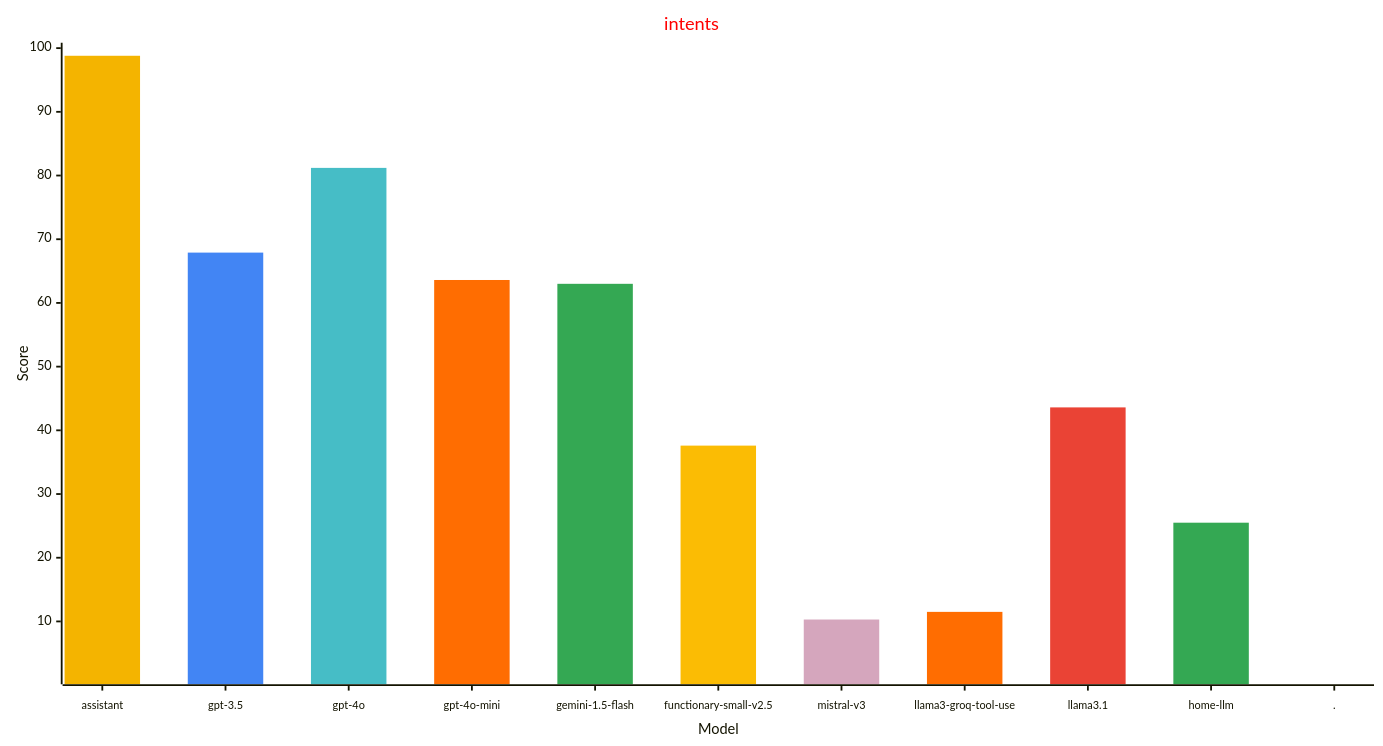
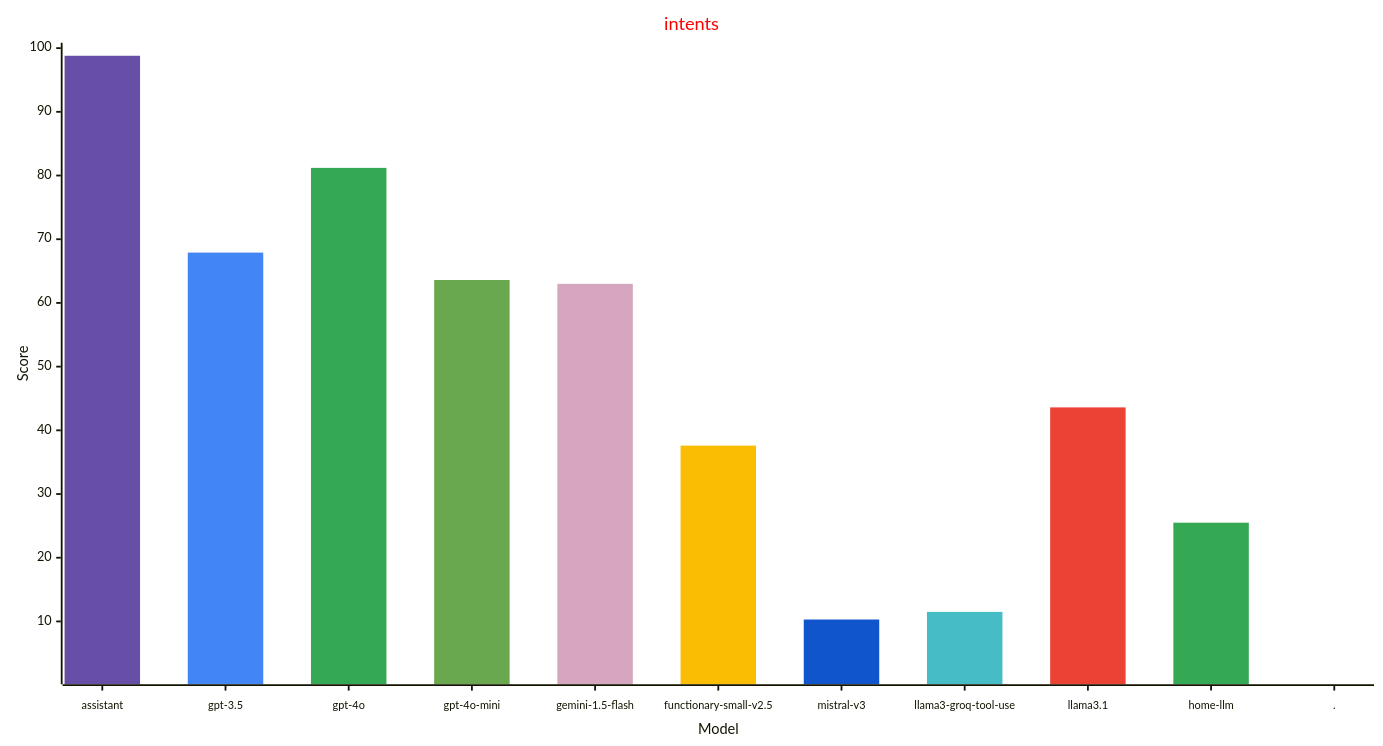
Before and after one commit to allenporter/home-assistant-datasets: the fourth of 4 diagrams in reports/README.md, drawn with Mermaid. The commit also changed other lines of this file and 2 other files, not shown here.

````diff
--- a/reports/README.md
+++ b/reports/README.md
@@ -197,31 +197,31 @@
 ```mermaid
 ---
 config:
     xyChart:
         width: 1500
         height: 800
         xAxis:
           labelFontSize: 12
           labelPadding: 8
     themeVariables:
         xyChart:
             titleColor: "#ff0000"
-            plotColorPalette: "#f4b400, #4285f4, #46bdc6, #ff6d01, #34a853, #fbbc04, #d5a6bd, #ff6d01, #ea4335, #34a853, #4285f4"
+            plotColorPalette: "#674ea7, #4285f4, #34a853, #6aa84f, #d5a6bd, #fbbc04, #1155cc, #46bdc6, #ea4335, #34a853, #4285f4"
 
 ---
 xychart-beta
   title "intents"
   x-axis "Model" [assistant, gpt-3.5, gpt-4o, gpt-4o-mini, gemini-1.5-flash, functionary-small-v2.5, mistral-v3, llama3-groq-tool-use, llama3.1, home-llm, .]
   y-axis "Score" 1 --> 100
   bar [98.8, 0.0, 0.0, 0.0, 0.0, 0.0, 0.0, 0.0, 0.0, 0.0, 0.0]
   bar [0.0, 67.9, 0.0, 0.0, 0.0, 0.0, 0.0, 0.0, 0.0, 0.0, 0.0]
   bar [0.0, 0.0, 81.2, 0.0, 0.0, 0.0, 0.0, 0.0, 0.0, 0.0, 0.0]
   bar [0.0, 0.0, 0.0, 63.6, 0.0, 0.0, 0.0, 0.0, 0.0, 0.0, 0.0]
   bar [0.0, 0.0, 0.0, 0.0, 63.0, 0.0, 0.0, 0.0, 0.0, 0.0, 0.0]
   bar [0.0, 0.0, 0.0, 0.0, 0.0, 37.6, 0.0, 0.0, 0.0, 0.0, 0.0]
   bar [0.0, 0.0, 0.0, 0.0, 0.0, 0.0, 10.3, 0.0, 0.0, 0.0, 0.0]
   bar [0.0, 0.0, 0.0, 0.0, 0.0, 0.0, 0.0, 11.5, 0.0, 0.0, 0.0]
   bar [0.0, 0.0, 0.0, 0.0, 0.0, 0.0, 0.0, 0.0, 43.6, 0.0, 0.0]
   bar [0.0, 0.0, 0.0, 0.0, 0.0, 0.0, 0.0, 0.0, 0.0, 25.5, 0.0]
   bar [0.0, 0.0, 0.0, 0.0, 0.0, 0.0, 0.0, 0.0, 0.0, 0.0, -1.0]
 ```
````
